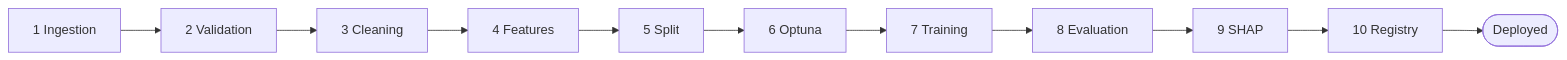
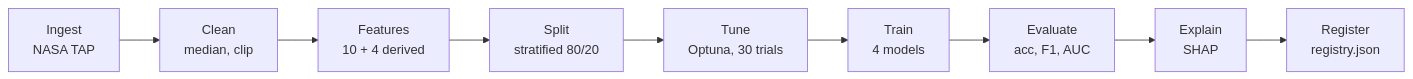
Before and after one commit to swadhinbiswas/AstroSynth: the third of 3 diagrams in README.md, drawn with Mermaid. The commit also changed other lines of this file and 46 other files, not shown here.

````diff
--- a/README.md
+++ b/README.md
@@ -204,6 +207,7 @@
 ```mermaid
 graph LR
-    A[1 Ingestion] --> B[2 Validation] --> C[3 Cleaning] --> D[4 Features]
-    D --> E[5 Split] --> F[6 Optuna] --> G[7 Training]
-    G --> H[8 Evaluation] --> I[9 SHAP] --> J[10 Registry] --> K([Deployed])
+    A[Ingest<br/>NASA TAP] --> B[Clean<br/>median, clip] --> C[Features<br/>10 + 4 derived]
+    C --> D[Split<br/>stratified 80/20] --> E[Tune<br/>Optuna, 30 trials]
+    E --> F[Train<br/>4 models] --> G[Evaluate<br/>acc, F1, AUC]
+    G --> H[Explain<br/>SHAP] --> I[Register<br/>registry.json]
 ```
````
